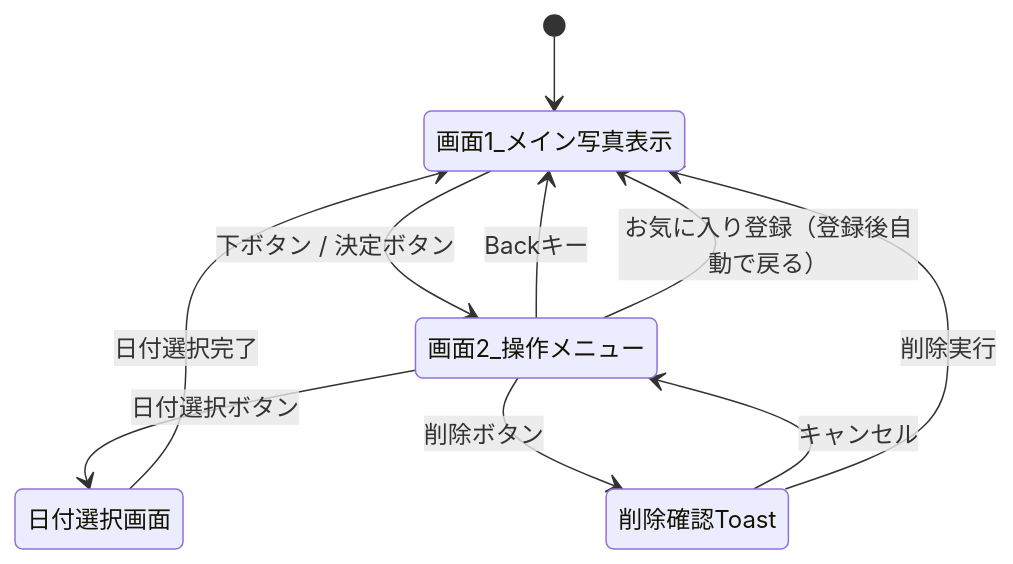
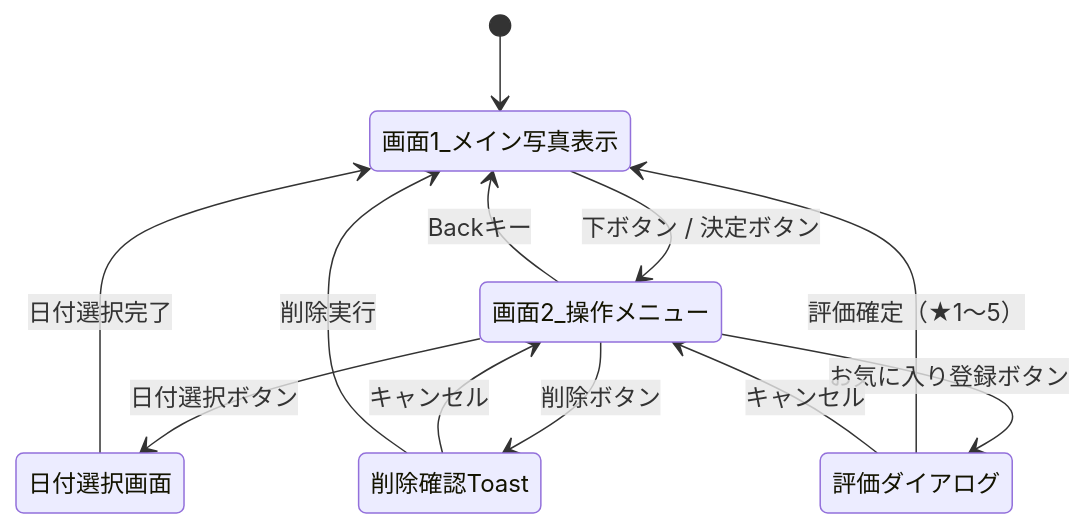
The diagram in docs/tv_screen_design.md (SGA-Dai-Kajimoto/CAMERA_AND_TV), drawn with Mermaid before and after one commit. The commit also changed other lines of this file and 12 other files, not shown here.

````diff
--- a/docs/tv_screen_design.md
+++ b/docs/tv_screen_design.md
@@ -37,16 +44,18 @@
 ```mermaid
 stateDiagram-v2
     [*] --> 画面1_メイン写真表示
 
     画面1_メイン写真表示 --> 画面2_操作メニュー : 下ボタン / 決定ボタン
     画面2_操作メニュー --> 画面1_メイン写真表示 : Backキー
 
     画面2_操作メニュー --> 日付選択画面 : 日付選択ボタン
     日付選択画面 --> 画面1_メイン写真表示 : 日付選択完了
 
     画面2_操作メニュー --> 削除確認Toast : 削除ボタン
     削除確認Toast --> 画面2_操作メニュー : キャンセル
     削除確認Toast --> 画面1_メイン写真表示 : 削除実行
 
-    画面2_操作メニュー --> 画面1_メイン写真表示 : お気に入り登録（登録後自動で戻る）
+    画面2_操作メニュー --> 評価ダイアログ : お気に入り登録ボタン
+    評価ダイアログ --> 画面1_メイン写真表示 : 評価確定（★1〜5）
+    評価ダイアログ --> 画面2_操作メニュー : キャンセル
 ```
````
